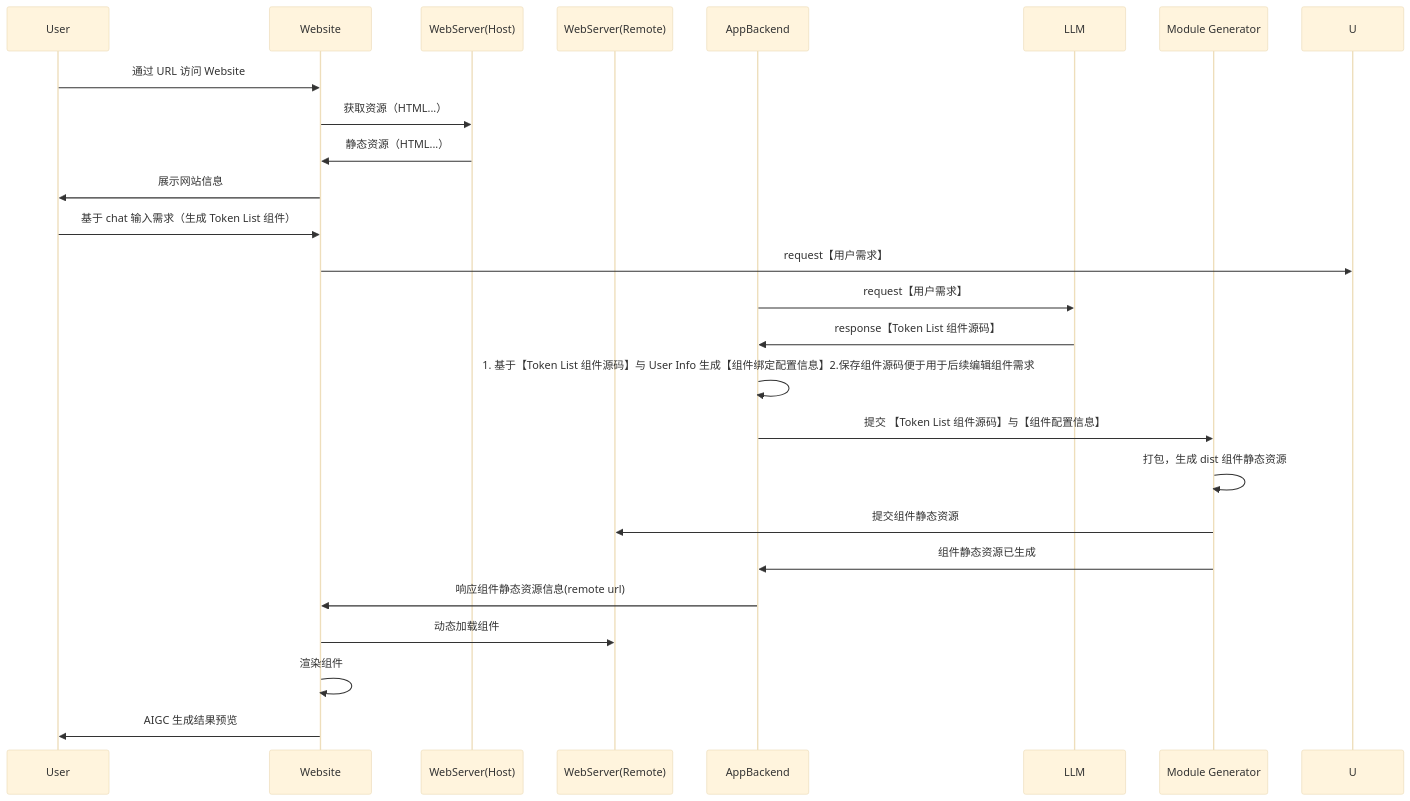
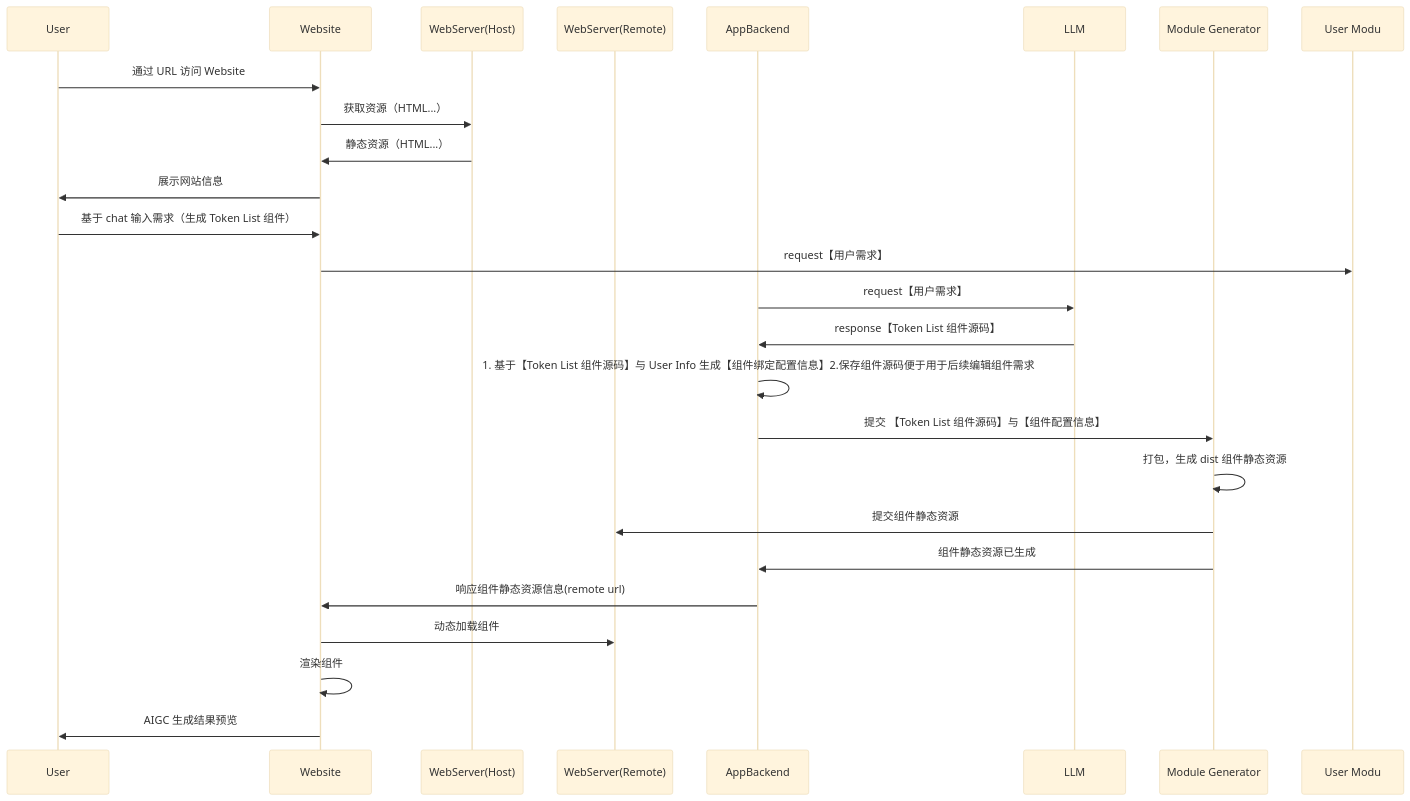
Before and after one commit to yingjianzh/iodraw-files: the diagram in all/未命名-7.md, drawn with Mermaid (base theme).

Commit message:
2024-10-08 15:28:30 update

````diff
--- a/all/未命名-7.md
+++ b/all/未命名-7.md
@@ -1,28 +1,28 @@
 ```mermaid
 sequenceDiagram
 	participant user as User
 	participant website as Website
 	participant HostWebServer as WebServer(Host)
 	participant RemoteWebServer as WebServer(Remote)
 	participant AppBackend as AppBackend
     participant LLM as LLM
 	participant ModuleGenerator as Module Generator
 
     user ->> website: 通过 URL 访问 Website
 	website ->> HostWebServer: 获取资源（HTML...）
 	HostWebServer ->> website: 静态资源（HTML...）
 	website ->> user: 展示网站信息
 	user ->> website: 基于 chat 输入需求（生成 Token List 组件）
-	website ->> U: request【用户需求】
+	website ->> User Modu: request【用户需求】
 	AppBackend ->> LLM: request【用户需求】
 	LLM ->> AppBackend: response【Token List 组件源码】
 	AppBackend ->> AppBackend: 1. 基于【Token List 组件源码】与 User Info 生成【组件绑定配置信息】2.保存组件源码便于用于后续编辑组件需求
 	AppBackend ->> ModuleGenerator: 提交 【Token List 组件源码】与【组件配置信息】
 	ModuleGenerator ->> ModuleGenerator: 打包，生成 dist 组件静态资源
 	ModuleGenerator ->> RemoteWebServer: 提交组件静态资源
 	ModuleGenerator ->> AppBackend: 组件静态资源已生成
 	AppBackend ->> website: 响应组件静态资源信息(remote url)
 	website ->> RemoteWebServer: 动态加载组件
 	website ->> website: 渲染组件
 	website ->> user: AIGC 生成结果预览
 ```
````
